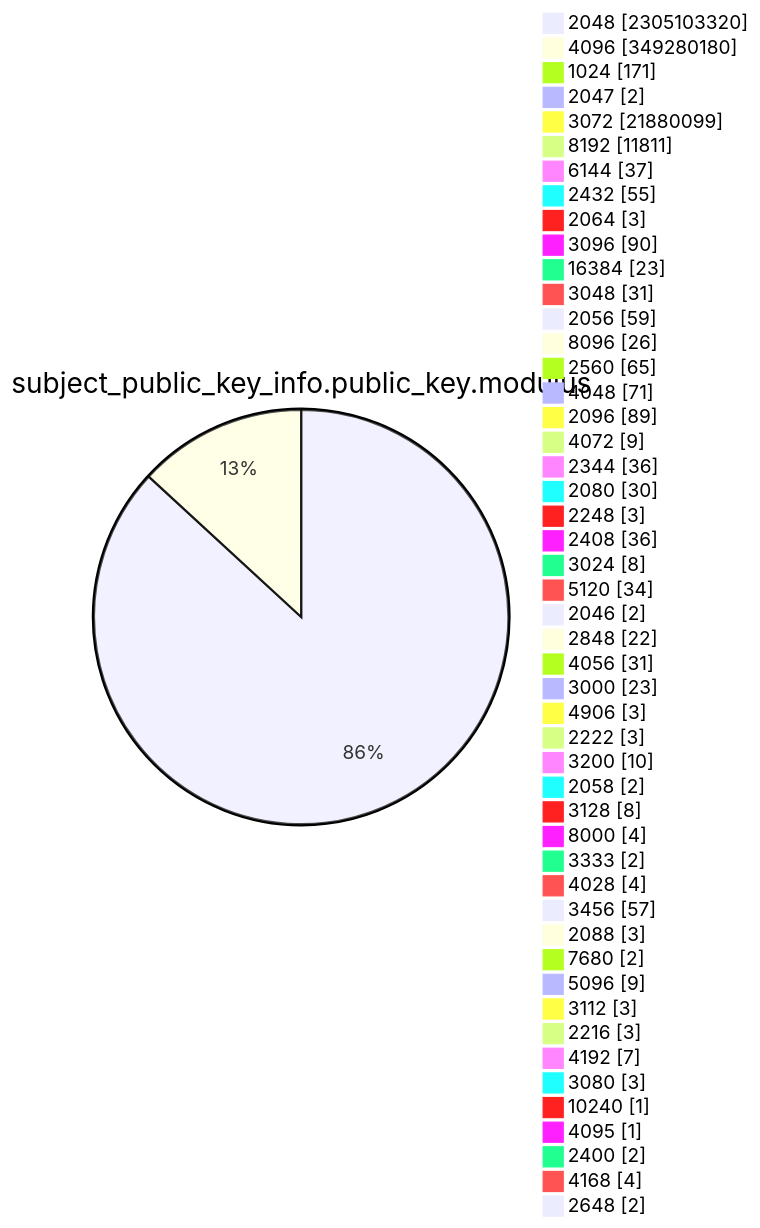
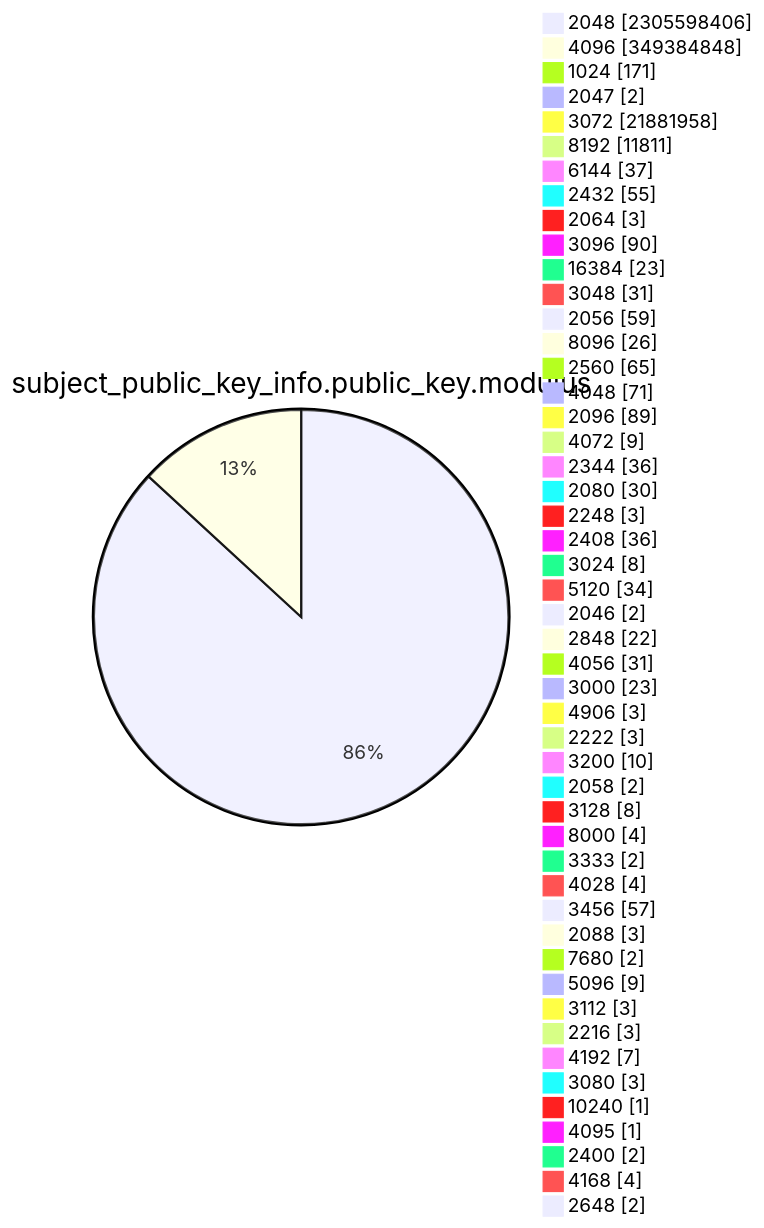
One commit to christiankrug/ctmonitor_visualization changed diagram 13 of 15 in TOTAL/README.md. Above: the diagram before and after it, drawn with Mermaid. The commit also changed other lines of this file, not shown here.

````diff
--- a/TOTAL/README.md
+++ b/TOTAL/README.md
@@ -4167,53 +4167,53 @@
 ```mermaid
 pie showData
 title subject_public_key_info.public_key.modulus
-"2048" :2305103320
-"4096" :349280180
+"2048" :2305598406
+"4096" :349384848
 "1024" :171
 "2047" :2
-"3072" :21880099
+"3072" :21881958
 "8192" :11811
 "6144" :37
 "2432" :55
 "2064" :3
 "3096" :90
 "16384" :23
 "3048" :31
 "2056" :59
 "8096" :26
 "2560" :65
 "4048" :71
 "2096" :89
 "4072" :9
 "2344" :36
 "2080" :30
 "2248" :3
 "2408" :36
 "3024" :8
 "5120" :34
 "2046" :2
 "2848" :22
 "4056" :31
 "3000" :23
 "4906" :3
 "2222" :3
 "3200" :10
 "2058" :2
 "3128" :8
 "8000" :4
 "3333" :2
 "4028" :4
 "3456" :57
 "2088" :3
 "7680" :2
 "5096" :9
 "3112" :3
 "2216" :3
 "4192" :7
 "3080" :3
 "10240" :1
 "4095" :1
 "2400" :2
 "4168" :4
 "2648" :2
 ```
````
